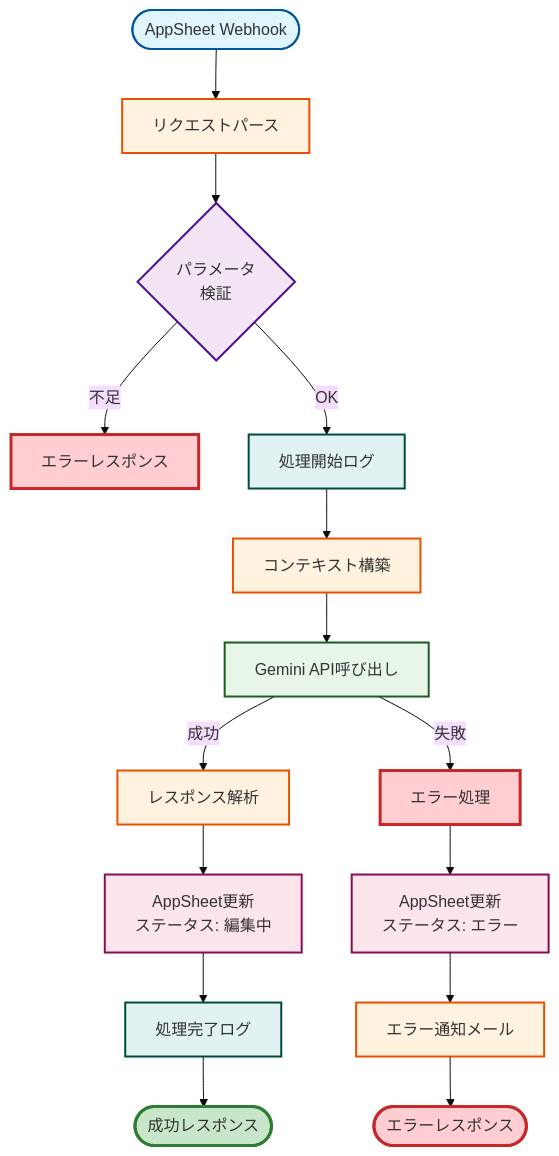
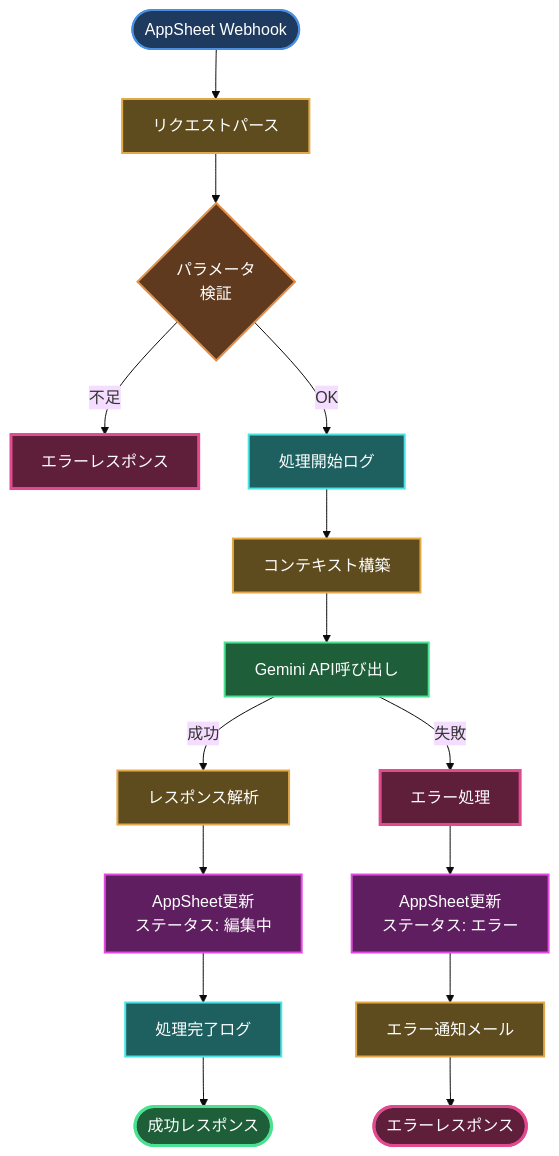
One commit to tasai-lab/appsheet-gas-automation changed the first of 5 diagrams in gas_projects/Appsheet_訪問看護_報告書/FLOW.md. Above: the diagram before and after it, drawn with Mermaid (base theme). The commit also changed other lines of this file and 13 other files, not shown here.

````diff
--- a/gas_projects/Appsheet_訪問看護_報告書/FLOW.md
+++ b/gas_projects/Appsheet_訪問看護_報告書/FLOW.md
@@ -7,31 +7,31 @@
 ```mermaid
 graph TB
     Start([AppSheet Webhook]):::webhook --> Parse[リクエストパース]:::process
     Parse --> Validate{パラメータ<br/>検証}:::decision
 
     Validate -->|不足| Error1[エラーレスポンス]:::error
     Validate -->|OK| Log1[処理開始ログ]:::log
 
     Log1 --> BuildContext[コンテキスト構築]:::process
     BuildContext --> CallGemini[Gemini API呼び出し]:::gemini
 
     CallGemini -->|成功| ParseResponse[レスポンス解析]:::process
     CallGemini -->|失敗| Error2[エラー処理]:::error
 
     ParseResponse --> UpdateSuccess[AppSheet更新<br/>ステータス: 編集中]:::appsheet
     UpdateSuccess --> Log2[処理完了ログ]:::log
     Log2 --> End([成功レスポンス]):::success
 
     Error2 --> UpdateError[AppSheet更新<br/>ステータス: エラー]:::appsheet
     UpdateError --> SendMail[エラー通知メール]:::process
     SendMail --> ErrorEnd([エラーレスポンス]):::error
 
-    classDef webhook fill:#e1f5ff,stroke:#01579b,stroke-width:2px
-    classDef process fill:#fff3e0,stroke:#e65100,stroke-width:2px
-    classDef decision fill:#f3e5f5,stroke:#4a148c,stroke-width:2px
-    classDef gemini fill:#e8f5e9,stroke:#1b5e20,stroke-width:2px
-    classDef appsheet fill:#fce4ec,stroke:#880e4f,stroke-width:2px
-    classDef log fill:#e0f2f1,stroke:#004d40,stroke-width:2px
-    classDef success fill:#c8e6c9,stroke:#2e7d32,stroke-width:3px
-    classDef error fill:#ffcdd2,stroke:#c62828,stroke-width:3px
+    classDef webhook fill:#1e3a5f,stroke:#4a90e2,stroke-width:2px,color:#fff
+    classDef process fill:#5f4c1e,stroke:#e2a84a,stroke-width:2px,color:#fff
+    classDef decision fill:#5f3a1e,stroke:#e2904a,stroke-width:2px,color:#fff
+    classDef gemini fill:#1e5f3a,stroke:#4ae290,stroke-width:2px,color:#fff
+    classDef appsheet fill:#5f1e5f,stroke:#e24ae2,stroke-width:2px,color:#fff
+    classDef log fill:#1e5f5f,stroke:#4ae2e2,stroke-width:2px,color:#fff
+    classDef success fill:#1e5f3a,stroke:#4ae290,stroke-width:3px,color:#fff
+    classDef error fill:#5f1e3a,stroke:#e24a90,stroke-width:3px,color:#fff
 ```
````
